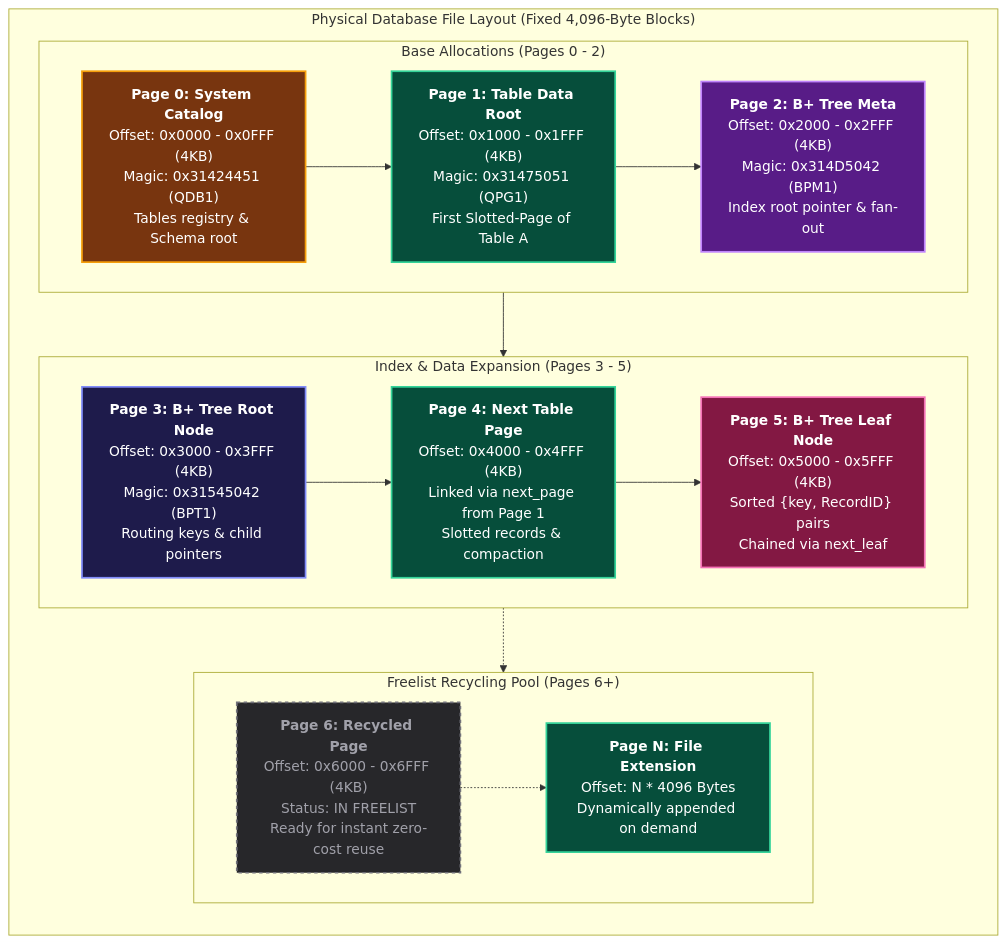
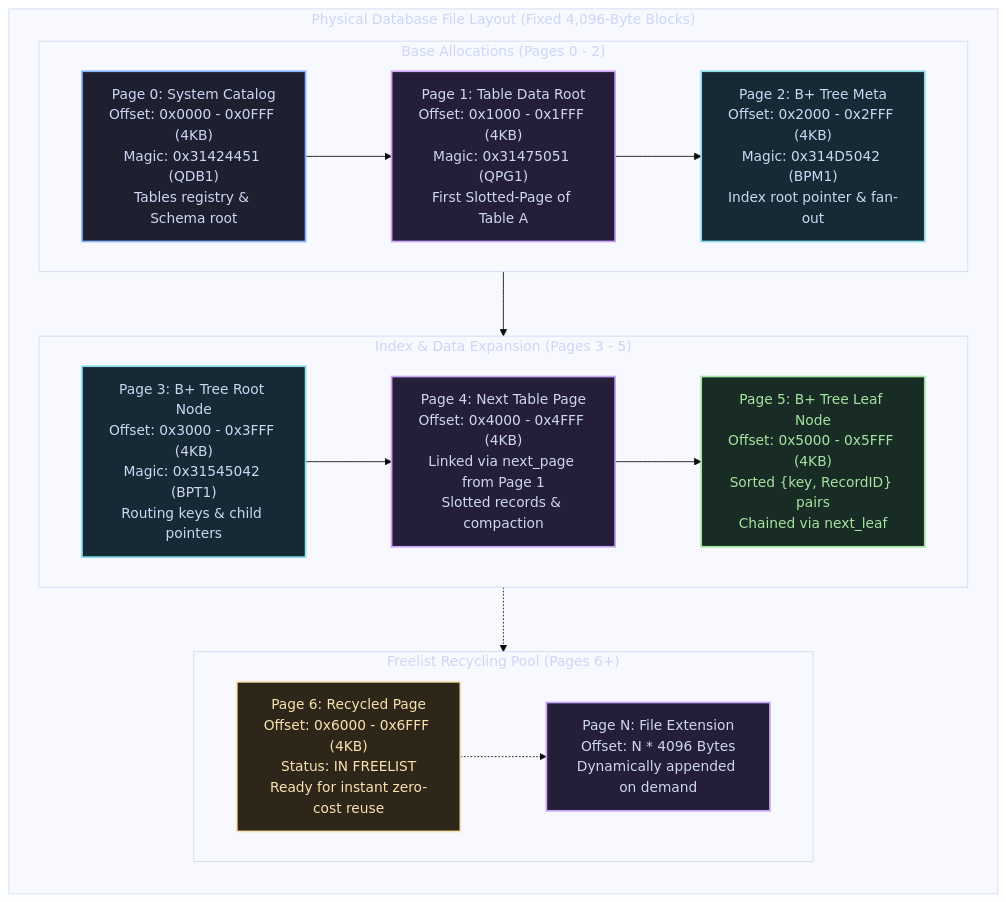
One commit to KAAZamapiloT/QUARTZ_DB changed the first of 2 diagrams in docs/architecture/pager.md. Above: the diagram before and after it, drawn with Mermaid. The commit also changed other lines of this file and 18 other files, not shown here.

````diff
--- a/docs/architecture/pager.md
+++ b/docs/architecture/pager.md
@@ -13,38 +13,38 @@
 ```mermaid
+%%{init: {'theme': 'base', 'themeVariables': {'edgeLabelBackground': '#1e1e2e', 'tertiaryTextColor': '#cdd6f4'}}}%%
 flowchart LR
-    %% Distinctive Page Type Color Definitions
-    classDef catPage fill:#78350f,stroke:#f59e0b,stroke-width:2px,color:#ffffff;
-    classDef dataPage fill:#064e3b,stroke:#34d399,stroke-width:2px,color:#ffffff;
-    classDef metaPage fill:#581c87,stroke:#c084fc,stroke-width:2px,color:#ffffff;
-    classDef bptRoot fill:#1e1b4b,stroke:#818cf8,stroke-width:2px,color:#ffffff;
-    classDef bptLeaf fill:#831843,stroke:#f472b6,stroke-width:2px,color:#ffffff;
-    classDef freePage fill:#27272a,stroke:#71717a,stroke-width:2px,stroke-dasharray: 4 4,color:#a1a1aa;
+    classDef entry fill:#1e2030,stroke:#89b4fa,stroke-width:2px,color:#cdd6f4;
+    classDef guard fill:#2e2619,stroke:#f9e2af,stroke-width:2px,color:#f9e2af;
+    classDef success fill:#182c25,stroke:#a6e3a1,stroke-width:2px,color:#a6e3a1;
+    classDef error fill:#331c24,stroke:#f38ba8,stroke-width:2px,color:#f38ba8;
+    classDef disk fill:#241e38,stroke:#cba6f7,stroke-width:2px,color:#cdd6f4;
+    classDef shared fill:#162a35,stroke:#89dceb,stroke-width:2px,color:#cdd6f4;
 
     subgraph FileStore ["Physical Database File Layout (Fixed 4,096-Byte Blocks)"]
         direction TB
 
         subgraph BlockRow1 ["Base Allocations (Pages 0 - 2)"]
             direction LR
-            P0["<b>Page 0: System Catalog</b><br>Offset: 0x0000 - 0x0FFF (4KB)<br>Magic: 0x31424451 (QDB1)<br>Tables registry &amp; Schema root"]:::catPage
-            P1["<b>Page 1: Table Data Root</b><br>Offset: 0x1000 - 0x1FFF (4KB)<br>Magic: 0x31475051 (QPG1)<br>First Slotted-Page of Table A"]:::dataPage
-            P2["<b>Page 2: B+ Tree Meta</b><br>Offset: 0x2000 - 0x2FFF (4KB)<br>Magic: 0x314D5042 (BPM1)<br>Index root pointer &amp; fan-out"]:::metaPage
+            P0["Page 0: System Catalog<br/>Offset: 0x0000 - 0x0FFF (4KB)<br/>Magic: 0x31424451 (QDB1)<br/>Tables registry &amp; Schema root"]:::entry
+            P1["Page 1: Table Data Root<br/>Offset: 0x1000 - 0x1FFF (4KB)<br/>Magic: 0x31475051 (QPG1)<br/>First Slotted-Page of Table A"]:::disk
+            P2["Page 2: B+ Tree Meta<br/>Offset: 0x2000 - 0x2FFF (4KB)<br/>Magic: 0x314D5042 (BPM1)<br/>Index root pointer &amp; fan-out"]:::shared
         end
 
         subgraph BlockRow2 ["Index & Data Expansion (Pages 3 - 5)"]
             direction LR
-            P3["<b>Page 3: B+ Tree Root Node</b><br>Offset: 0x3000 - 0x3FFF (4KB)<br>Magic: 0x31545042 (BPT1)<br>Routing keys &amp; child pointers"]:::bptRoot
-            P4["<b>Page 4: Next Table Page</b><br>Offset: 0x4000 - 0x4FFF (4KB)<br>Linked via next_page from Page 1<br>Slotted records &amp; compaction"]:::dataPage
-            P5["<b>Page 5: B+ Tree Leaf Node</b><br>Offset: 0x5000 - 0x5FFF (4KB)<br>Sorted {key, RecordID} pairs<br>Chained via next_leaf"]:::bptLeaf
+            P3["Page 3: B+ Tree Root Node<br/>Offset: 0x3000 - 0x3FFF (4KB)<br/>Magic: 0x31545042 (BPT1)<br/>Routing keys &amp; child pointers"]:::shared
+            P4["Page 4: Next Table Page<br/>Offset: 0x4000 - 0x4FFF (4KB)<br/>Linked via next_page from Page 1<br/>Slotted records &amp; compaction"]:::disk
+            P5["Page 5: B+ Tree Leaf Node<br/>Offset: 0x5000 - 0x5FFF (4KB)<br/>Sorted {key, RecordID} pairs<br/>Chained via next_leaf"]:::success
         end
 
         subgraph BlockRow3 ["Freelist Recycling Pool (Pages 6+)"]
             direction LR
-            P6["<b>Page 6: Recycled Page</b><br>Offset: 0x6000 - 0x6FFF (4KB)<br>Status: IN FREELIST<br>Ready for instant zero-cost reuse"]:::freePage
-            PN["<b>Page N: File Extension</b><br>Offset: N * 4096 Bytes<br>Dynamically appended on demand"]:::dataPage
+            P6["Page 6: Recycled Page<br/>Offset: 0x6000 - 0x6FFF (4KB)<br/>Status: IN FREELIST<br/>Ready for instant zero-cost reuse"]:::guard
+            PN["Page N: File Extension<br/>Offset: N * 4096 Bytes<br/>Dynamically appended on demand"]:::disk
         end
 
         P0 --> P1 --> P2
         P2 --> P3 --> P4 --> P5
         P5 -.-> P6 -.-> PN
     end
 ```
````
